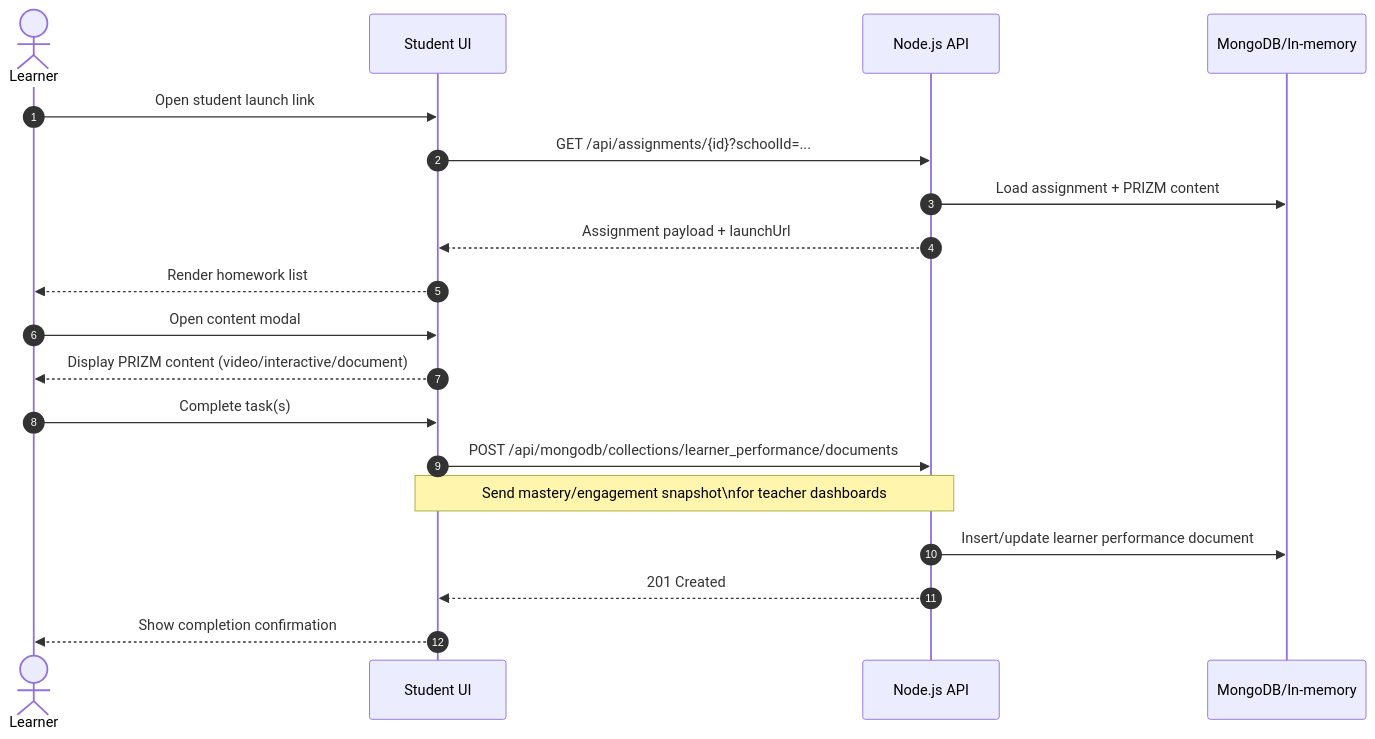
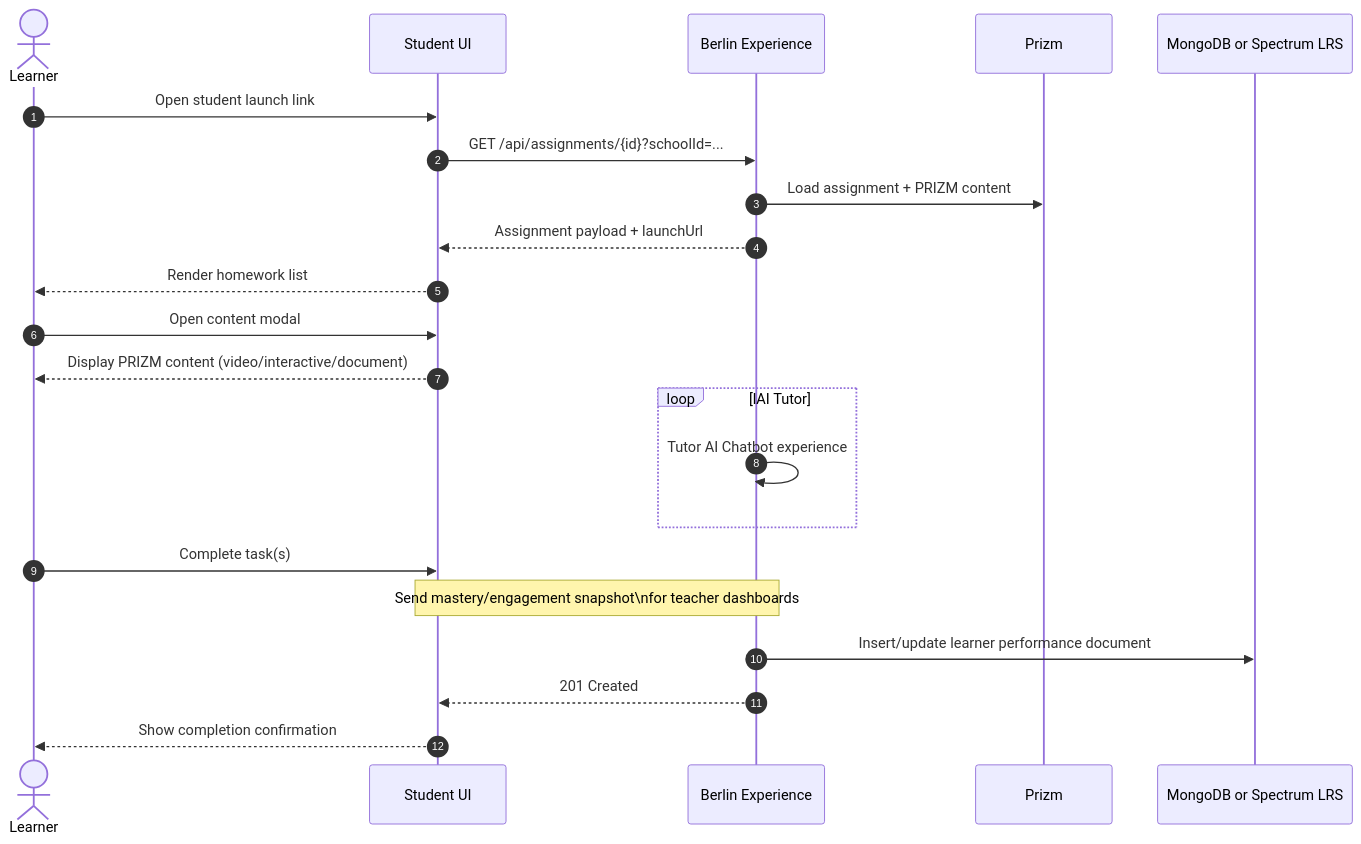
One commit to ragpark/InspiredHomeWorkPoC changed the second of 2 diagrams in docs/swagger-api-summary.md. Above: the diagram before and after it, drawn with Mermaid. The commit also changed other lines of this file, not shown here.

````diff
--- a/docs/swagger-api-summary.md
+++ b/docs/swagger-api-summary.md
@@ -395,24 +395,27 @@
 ```mermaid
 sequenceDiagram
-  autonumber
   actor Learner
   participant UI as Student UI
-  participant API as Node.js API
-  participant DB as MongoDB/In-memory
+  participant API as Berlin Experience
+  participant PZ as Prizm
+  participant DB as MongoDB or Spectrum LRS
+  autonumber
 
   Learner->>UI: Open student launch link
   UI->>API: GET /api/assignments/{id}?schoolId=...
-  API->>DB: Load assignment + PRIZM content
+  API->>PZ: Load assignment + PRIZM content
   API-->>UI: Assignment payload + launchUrl
   UI-->>Learner: Render homework list
 
   Learner->>UI: Open content modal
   UI-->>Learner: Display PRIZM content (video/interactive/document)
+  loop lAI Tutor
+    API ->> API: Tutor AI Chatbot experience
+  end
   Learner->>UI: Complete task(s)
 
-  UI->>API: POST /api/mongodb/collections/learner_performance/documents
   Note over UI,API: Send mastery/engagement snapshot\nfor teacher dashboards
   API->>DB: Insert/update learner performance document
   API-->>UI: 201 Created
   UI-->>Learner: Show completion confirmation
 ```
````
